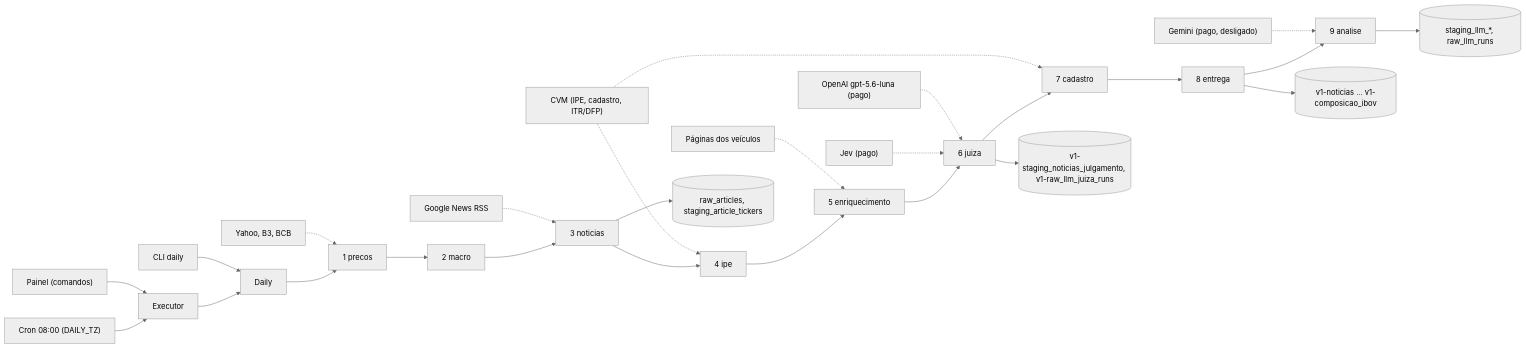
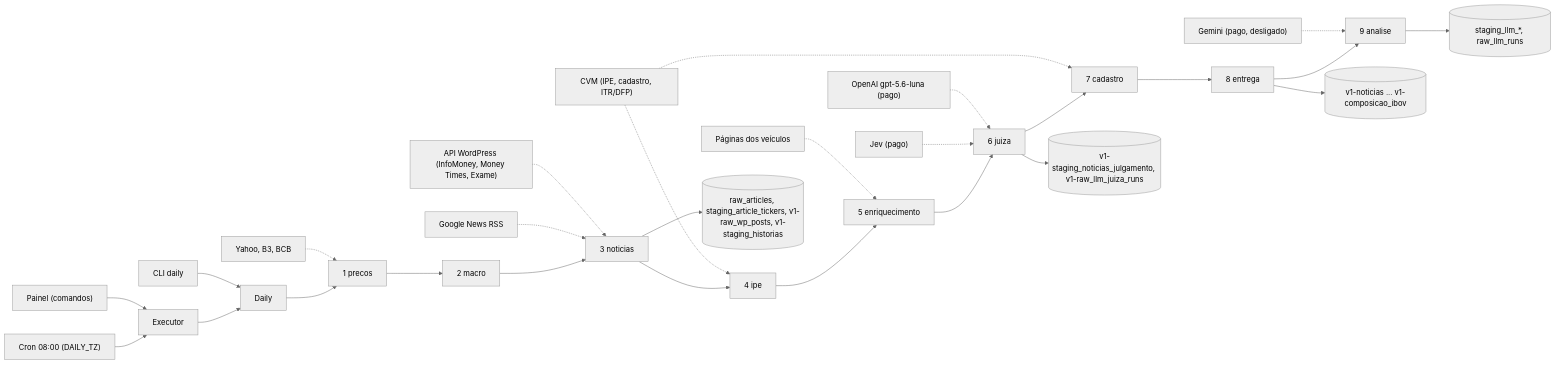
The diagram in docs/02-pipeline-diaria.md (Mart1ns12/extracao-dados-tcc), drawn with Mermaid (neutral theme) before and after one commit. The commit also changed other lines of this file and 53 other files, not shown here.

First line of the commit message:
feat(noticias): coleta hibrida WordPress + Google News com classificador por codigo; correcoes de preco

````diff
--- a/docs/02-pipeline-diaria.md
+++ b/docs/02-pipeline-diaria.md
@@ -90,21 +90,22 @@
 ```mermaid
 flowchart LR
   cron["Cron 08:00 (DAILY_TZ)"] --> ex
   painel["Painel (comandos)"] --> ex
   ex["Executor"] --> dia
   cli["CLI daily"] --> dia
   dia["Daily"] --> e1
   e1["1 precos"] --> e2["2 macro"] --> e3["3 noticias"] --> e4["4 ipe"] --> e5["5 enriquecimento"] --> e6["6 juiza"] --> e7["7 cadastro"] --> e8["8 entrega"] --> e9["9 analise"]
   yf["Yahoo, B3, BCB"] -.-> e1
   gn["Google News RSS"] -.-> e3
+  wp["API WordPress (InfoMoney, Money Times, Exame)"] -.-> e3
   cvm["CVM (IPE, cadastro, ITR/DFP)"] -.-> e4
   cvm -.-> e7
   veic["Páginas dos veículos"] -.-> e5
   jev["Jev (pago)"] -.-> e6
   oai["OpenAI gpt-5.6-luna (pago)"] -.-> e6
   gem["Gemini (pago, desligado)"] -.-> e9
-  e3 --> t1[("raw_articles, staging_article_tickers")]
+  e3 --> t1[("raw_articles, staging_article_tickers, v1-raw_wp_posts, v1-staging_historias")]
   e6 --> t2[("v1-staging_noticias_julgamento, v1-raw_llm_juiza_runs")]
   e8 --> t3[("v1-noticias ... v1-composicao_ibov")]
   e9 --> t4[("staging_llm_*, raw_llm_runs")]
 ```
````
